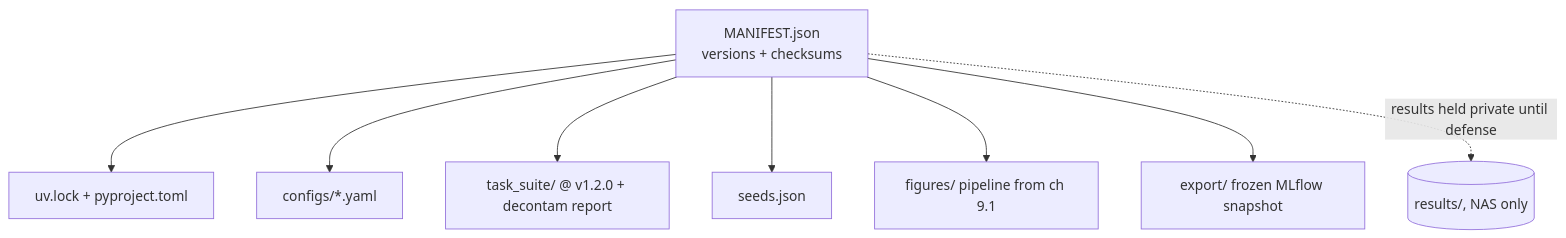
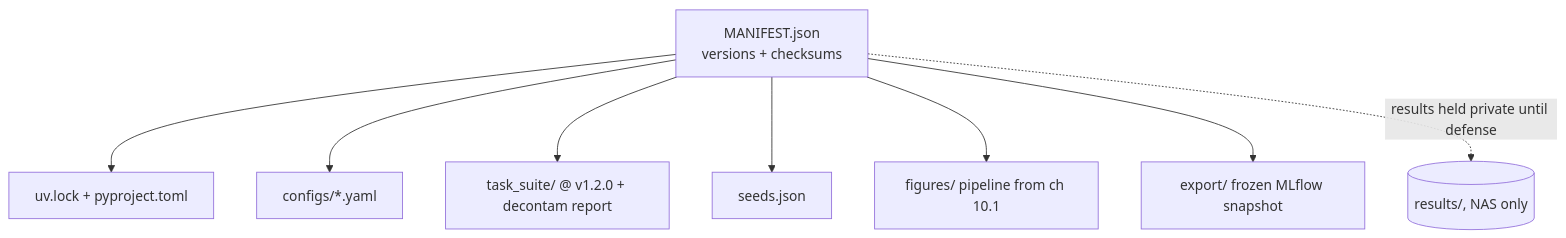
One commit to tbar4/thesis-tech-stack changed the diagram in book/src/p10-assembly/03-repro-package.md. Above: the diagram before and after it, drawn with Mermaid. The commit also changed other lines of this file and 7 other files, not shown here.

````diff
--- a/book/src/p10-assembly/03-repro-package.md
+++ b/book/src/p10-assembly/03-repro-package.md
@@ -55,10 +55,10 @@
 ```mermaid
 flowchart TD
   MAN[MANIFEST.json\nversions + checksums] --> ENV[uv.lock + pyproject.toml]
   MAN --> CFG[configs/*.yaml]
   MAN --> TS[task_suite/ @ v1.2.0 + decontam report]
   MAN --> SEED[seeds.json]
-  MAN --> FIG[figures/ pipeline from ch 9.1]
+  MAN --> FIG[figures/ pipeline from ch 10.1]
   MAN --> EXP[export/ frozen MLflow snapshot]
   MAN -. results held private until defense .-> RES[(results/, NAS only)]
 ```
````
